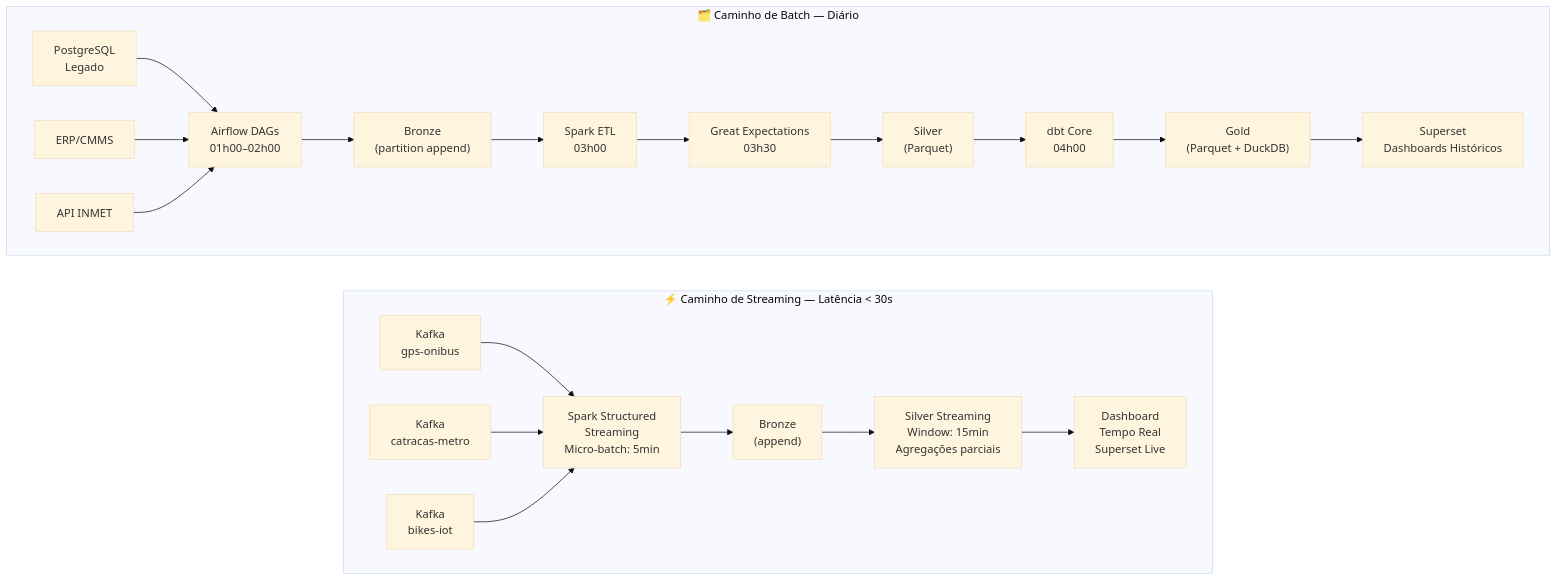
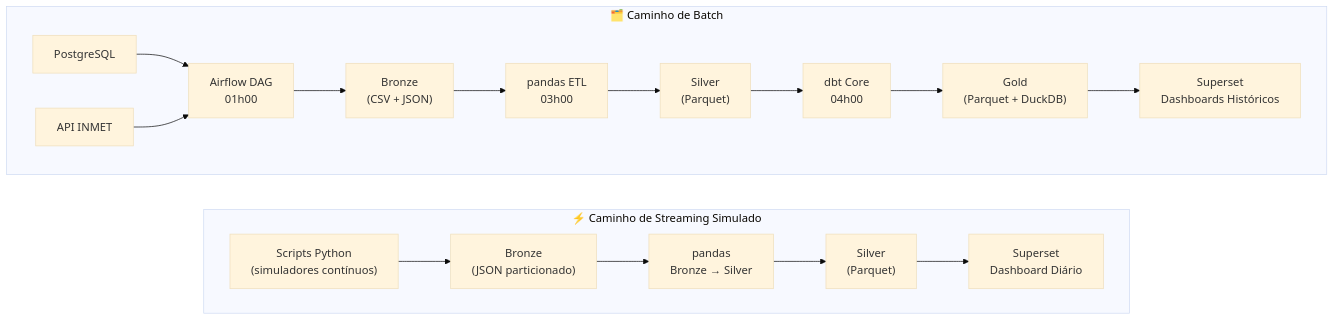
The second of 2 diagrams in mobilidade-urbana-dataeng/docs/04-arquitetura.md (eduardohirle22/Trabalho-engenharia-de-dados), drawn with Mermaid (base theme) before and after one commit. The commit also changed other lines of this file and 10 other files, not shown here.

````diff
--- a/mobilidade-urbana-dataeng/docs/04-arquitetura.md
+++ b/mobilidade-urbana-dataeng/docs/04-arquitetura.md
@@ -167,26 +154,23 @@
 ```mermaid
 flowchart LR
-    subgraph STREAM_PATH["⚡ Caminho de Streaming — Latência < 30s"]
+    subgraph STREAM_PATH["⚡ Caminho de Streaming Simulado"]
         direction LR
-        K1["Kafka\ngps-onibus"] --> SPK["Spark Structured\nStreaming\nMicro-batch: 5min"]
-        K2["Kafka\ncatracas-metro"] --> SPK
-        K3["Kafka\nbikes-iot"] --> SPK
-        SPK --> BR_S["Bronze\n(append)"]
-        BR_S --> SI_S["Silver Streaming\nWindow: 15min\nAgregações parciais"]
-        SI_S --> DB_RT["Dashboard\nTempo Real\nSuperset Live"]
+        SIM_S["Scripts Python\n(simuladores contínuos)"]
+        SIM_S --> BR_S["Bronze\n(JSON particionado)"]
+        BR_S --> PANDAS_S["pandas\nBronze → Silver"]
+        PANDAS_S --> SI_S["Silver\n(Parquet)"]
+        SI_S --> DASH_RT["Superset\nDashboard Diário"]
     end
 
-    subgraph BATCH_PATH["🗂️ Caminho de Batch — Diário"]
+    subgraph BATCH_PATH["🗂️ Caminho de Batch"]
         direction LR
-        PG_B["PostgreSQL\nLegado"] --> AFLOW["Airflow DAGs\n01h00–02h00"]
-        ERP_B["ERP/CMMS"] --> AFLOW
+        PG_B["PostgreSQL"] --> AFLOW["Airflow DAG\n01h00"]
         API_B["API INMET"] --> AFLOW
-        AFLOW --> BR_B["Bronze\n(partition append)"]
-        BR_B --> SPARK_B["Spark ETL\n03h00"]
-        SPARK_B --> GE_B["Great Expectations\n03h30"]
-        GE_B --> SI_B["Silver\n(Parquet)"]
+        AFLOW --> BR_B["Bronze\n(CSV + JSON)"]
+        BR_B --> PAN_B["pandas ETL\n03h00"]
+        PAN_B --> SI_B["Silver\n(Parquet)"]
         SI_B --> DBT_B["dbt Core\n04h00"]
         DBT_B --> GO_B["Gold\n(Parquet + DuckDB)"]
         GO_B --> DASH_B["Superset\nDashboards Históricos"]
     end
 ```
````
